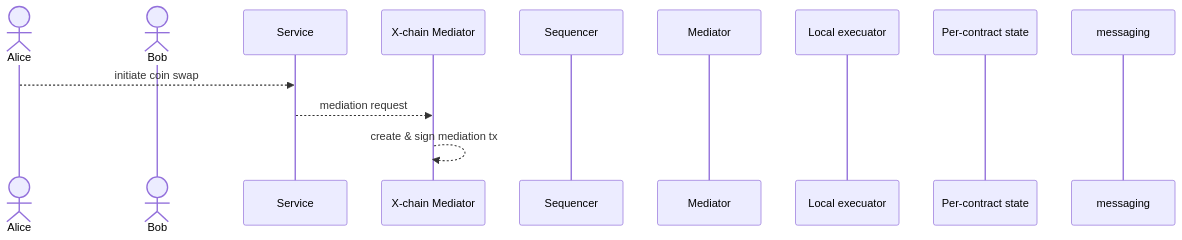
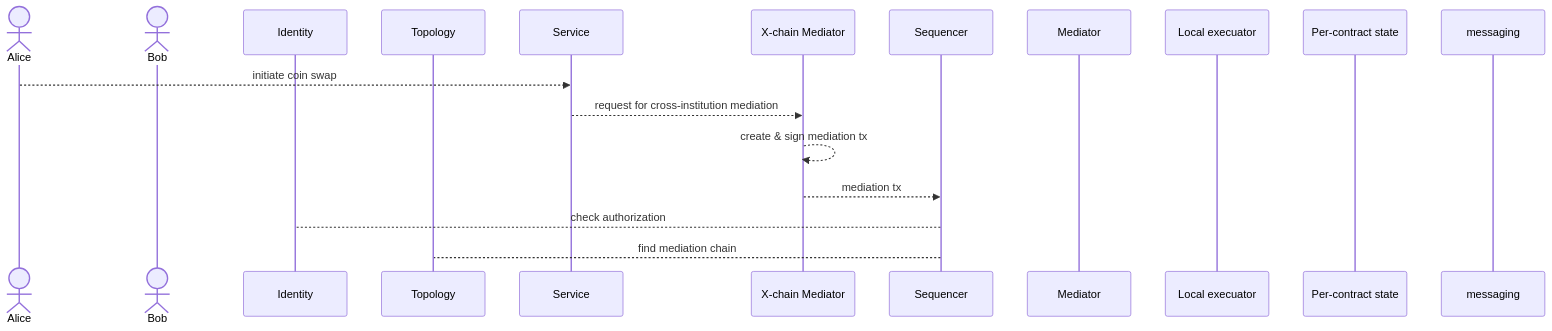
The diagram in finance_architecture.md (PDXbaap/design), drawn with Mermaid before and after one commit.

Commit message:
Enhance sequence diagram for coin swap architecture
Updated sequence diagram for coin swap process to clarify mediation request and authorization checks.

````diff
--- a/finance_architecture.md
+++ b/finance_architecture.md
@@ -29,17 +29,21 @@
 ```mermaid
 sequenceDiagram
 actor Alice
 actor Bob
+participant Identity
+participant Topology
 participant Service
 participant X-chain Mediator
 participant Sequencer
 participant Mediator
 participant Local execuator
 participant Per-contract state
 participant messaging
 
 Alice -->> Service: initiate coin swap
-Service -->> X-chain Mediator: mediation request
+Service -->> X-chain Mediator: request for cross-institution mediation
 X-chain Mediator -->> X-chain Mediator: create & sign mediation tx
- 
+X-chain Mediator -->> Sequencer: mediation tx
+Sequencer --> Identity: check authorization
+Sequencer --> Topology: find mediation chain 
 ```
````
